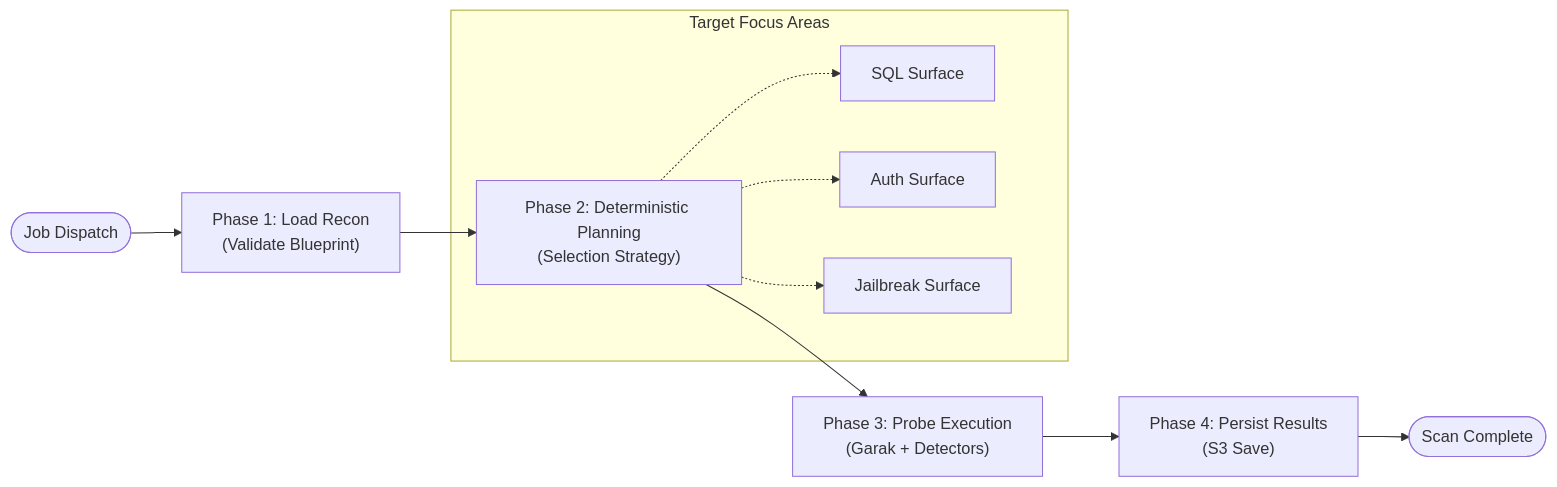
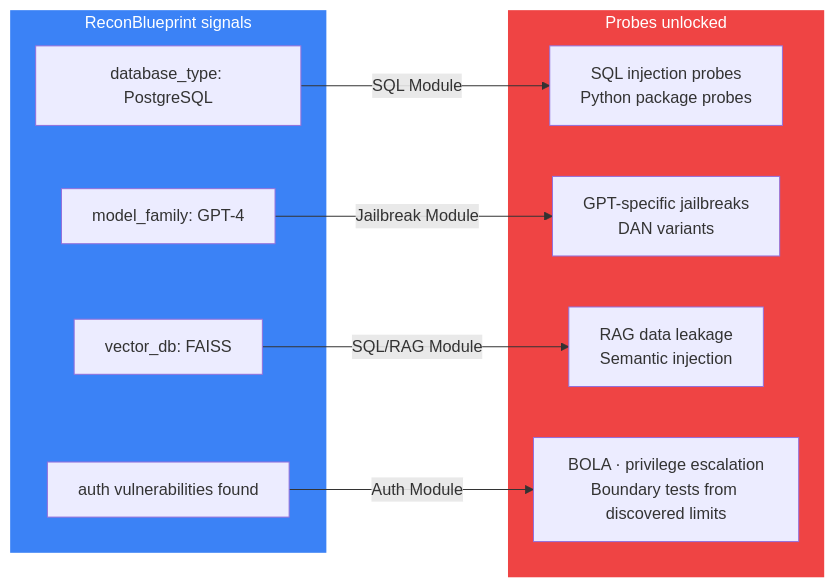
Before and after one commit to h19overflow/ASPEXA_AUTOMA: the fifth of 12 diagrams in README.md, drawn with Mermaid. The commit also changed other lines of this file and 15 other files, not shown here.

````diff
--- a/README.md
+++ b/README.md
@@ -103,15 +243,24 @@
 ```mermaid
 graph LR
-    Start([Job Dispatch]) --> P1["Phase 1: Load Recon<br/>(Validate Blueprint)"]
-    P1 --> P2["Phase 2: Deterministic Planning<br/>(Selection Strategy)"]
-    P2 --> P3["Phase 3: Probe Execution<br/>(Garak + Detectors)"]
-    P4["Phase 4: Persist Results<br/>(S3 Save)"]
-    P3 --> P4
-    P4 --> End([Scan Complete])
+    subgraph Blueprint ["ReconBlueprint signals"]
+        DB["database_type: PostgreSQL"]
+        MODEL["model_family: GPT-4"]
+        VS["vector_db: FAISS"]
+        AUTH2["auth vulnerabilities found"]
+    end
 
-    subgraph "Target Focus Areas"
-        P2 -.-> SQL["SQL Surface"]
-        P2 -.-> Auth["Auth Surface"]
-        P2 -.-> Jail["Jailbreak Surface"]
+    subgraph Probes ["Probes unlocked"]
+        P1["SQL injection probes<br/>Python package probes"]
+        P2["GPT-specific jailbreaks<br/>DAN variants"]
+        P3["RAG data leakage<br/>Semantic injection"]
+        P4["BOLA · privilege escalation<br/>Boundary tests from discovered limits"]
     end
+
+    DB -->|SQL Module| P1
+    MODEL -->|Jailbreak Module| P2
+    VS -->|SQL/RAG Module| P3
+    AUTH2 -->|Auth Module| P4
+
+    style Blueprint fill:#3b82f6,color:#fff,stroke:none
+    style Probes fill:#ef4444,color:#fff,stroke:none
 ```
````
